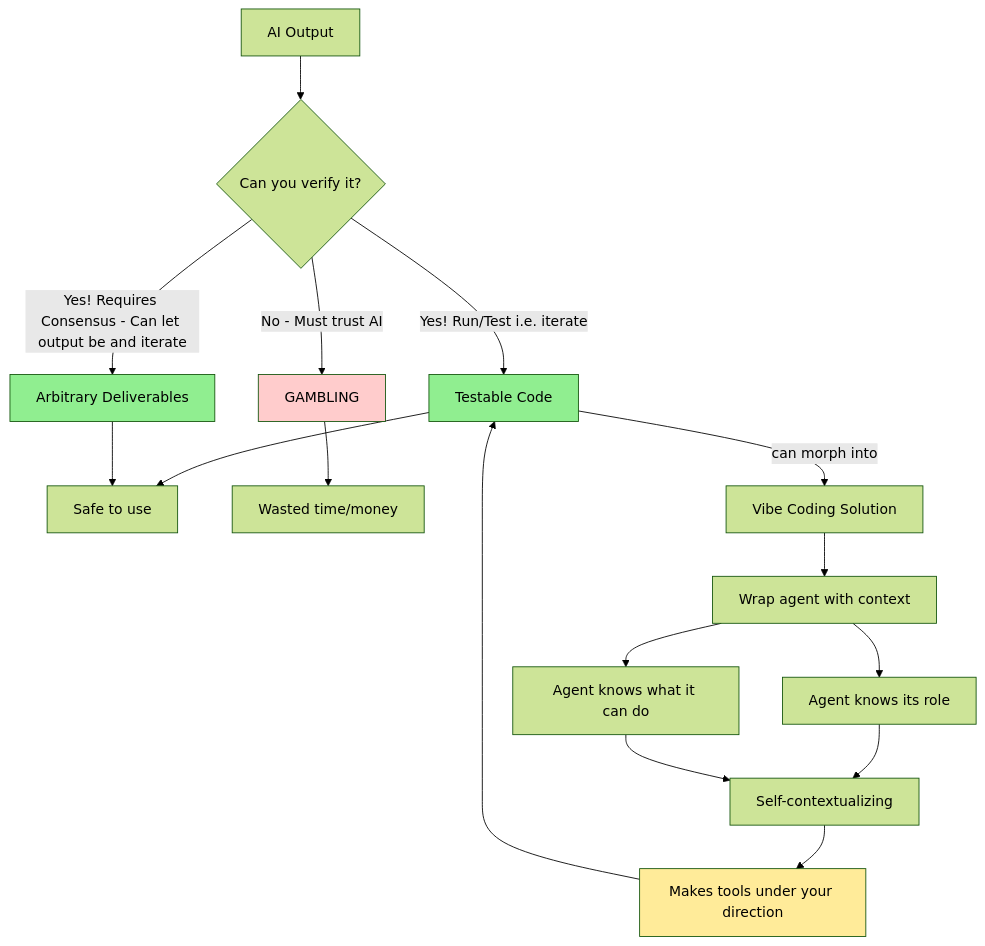
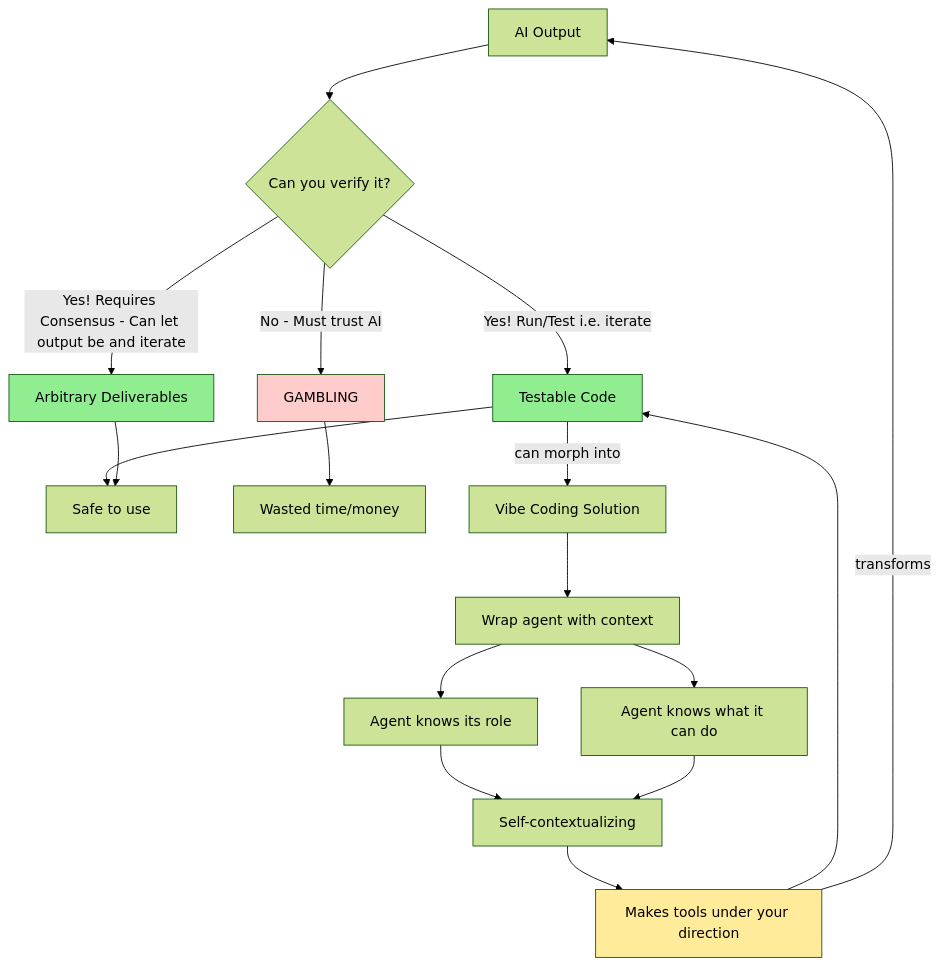
Before and after one commit to sancovp/starship-mcp: the diagram in docs/diagrams/0_BaseSituation.mermaid, drawn with Mermaid (forest theme).

```diff
--- a/docs/diagrams/0_BaseSituation.mermaid
+++ b/docs/diagrams/0_BaseSituation.mermaid
@@ -1,23 +1,24 @@
 flowchart TD
     A[AI Output] --> B{Can you verify it?}
     B -->|Yes! Run/Test i.e. iterate| C[Testable Code]
     B -->|Yes! Requires Consensus - Can let output be and iterate| D[Arbitrary Deliverables]
     B -->|No - Must trust AI| E[GAMBLING]
     
     C --> F[Safe to use]
     D --> F
     E --> G[Wasted time/money]
     
     H[Vibe Coding Solution] --> I[Wrap agent with context]
     I --> J[Agent knows its role]
     I --> K[Agent knows what it can do]
     J --> L[Self-contextualizing]
     K --> L
     L --> M[Makes tools under your direction]
     M --> C
     C -->|can morph into| H
+    M -->|transforms| A
     
     style C fill:#90EE90
     style D fill:#90EE90
     style E fill:#ffcccc
     style M fill:#ffeb99
```
